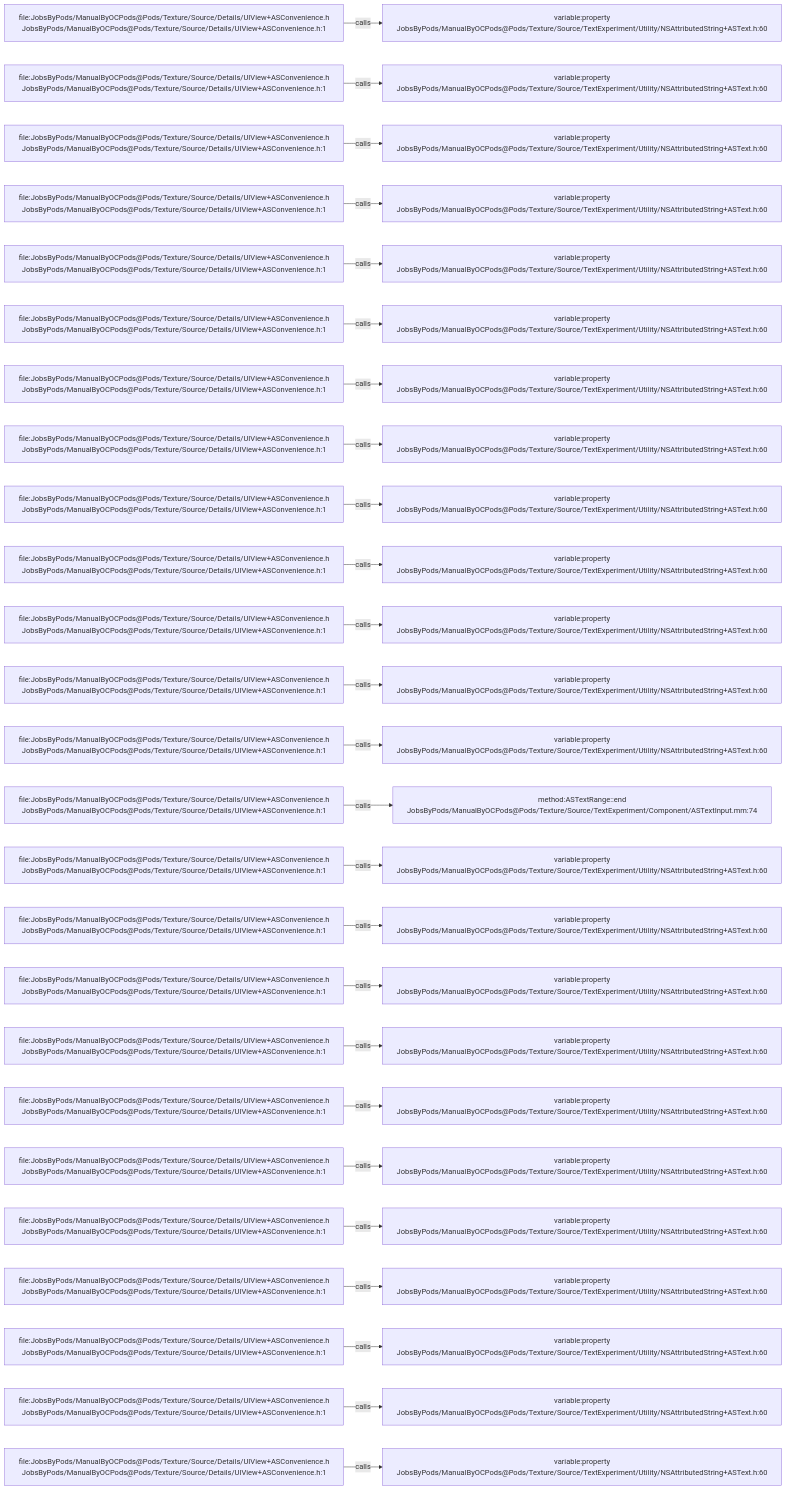
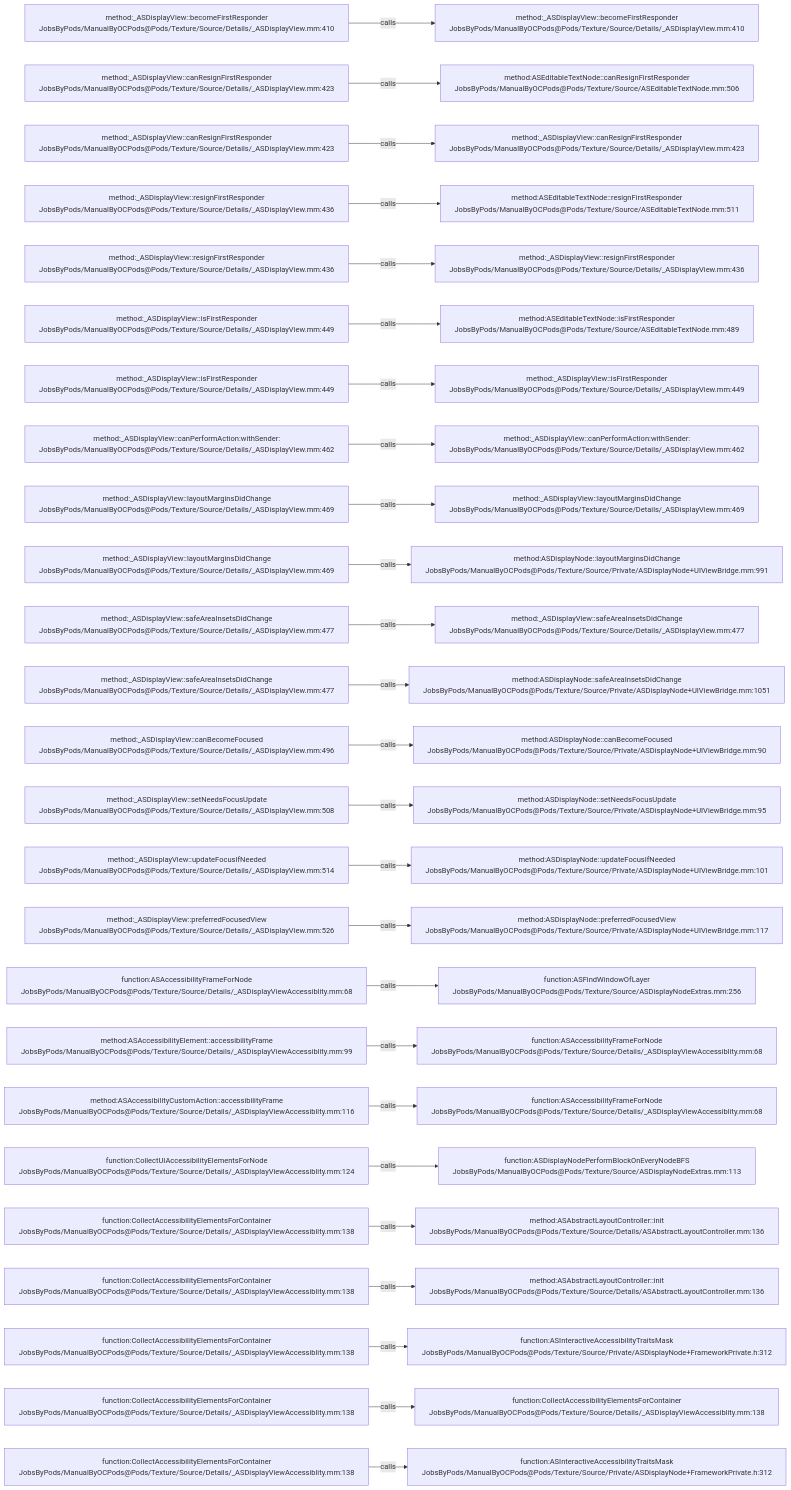
The diagram in .codegraph/codegraph.md/graphs/calls-171.md (JobsKits/JobsOCBaseConfigDemo), drawn with Mermaid before and after one commit. The commit also changed 1353 other files, not shown here.

````diff
--- a/.codegraph/codegraph.md/graphs/calls-171.md
+++ b/.codegraph/codegraph.md/graphs/calls-171.md
@@ -13,78 +13,78 @@
 ```mermaid
 flowchart LR
-  S1["file:JobsByPods/ManualByOCPods@Pods/Texture/Source/Details/UIView+ASConvenience.h<br/>JobsByPods/ManualByOCPods@Pods/Texture/Source/Details/UIView+ASConvenience.h:1"]
-  T1["variable:property<br/>JobsByPods/ManualByOCPods@Pods/Texture/Source/TextExperiment/Utility/NSAttributedString+ASText.h:60"]
+  S1["method:_ASDisplayView::becomeFirstResponder<br/>JobsByPods/ManualByOCPods@Pods/Texture/Source/Details/_ASDisplayView.mm:410"]
+  T1["method:_ASDisplayView::becomeFirstResponder<br/>JobsByPods/ManualByOCPods@Pods/Texture/Source/Details/_ASDisplayView.mm:410"]
   S1 -->|calls| T1
-  S2["file:JobsByPods/ManualByOCPods@Pods/Texture/Source/Details/UIView+ASConvenience.h<br/>JobsByPods/ManualByOCPods@Pods/Texture/Source/Details/UIView+ASConvenience.h:1"]
-  T2["variable:property<br/>JobsByPods/ManualByOCPods@Pods/Texture/Source/TextExperiment/Utility/NSAttributedString+ASText.h:60"]
+  S2["method:_ASDisplayView::canResignFirstResponder<br/>JobsByPods/ManualByOCPods@Pods/Texture/Source/Details/_ASDisplayView.mm:423"]
+  T2["method:ASEditableTextNode::canResignFirstResponder<br/>JobsByPods/ManualByOCPods@Pods/Texture/Source/ASEditableTextNode.mm:506"]
   S2 -->|calls| T2
-  S3["file:JobsByPods/ManualByOCPods@Pods/Texture/Source/Details/UIView+ASConvenience.h<br/>JobsByPods/ManualByOCPods@Pods/Texture/Source/Details/UIView+ASConvenience.h:1"]
-  T3["variable:property<br/>JobsByPods/ManualByOCPods@Pods/Texture/Source/TextExperiment/Utility/NSAttributedString+ASText.h:60"]
+  S3["method:_ASDisplayView::canResignFirstResponder<br/>JobsByPods/ManualByOCPods@Pods/Texture/Source/Details/_ASDisplayView.mm:423"]
+  T3["method:_ASDisplayView::canResignFirstResponder<br/>JobsByPods/ManualByOCPods@Pods/Texture/Source/Details/_ASDisplayView.mm:423"]
   S3 -->|calls| T3
-  S4["file:JobsByPods/ManualByOCPods@Pods/Texture/Source/Details/UIView+ASConvenience.h<br/>JobsByPods/ManualByOCPods@Pods/Texture/Source/Details/UIView+ASConvenience.h:1"]
-  T4["variable:property<br/>JobsByPods/ManualByOCPods@Pods/Texture/Source/TextExperiment/Utility/NSAttributedString+ASText.h:60"]
+  S4["method:_ASDisplayView::resignFirstResponder<br/>JobsByPods/ManualByOCPods@Pods/Texture/Source/Details/_ASDisplayView.mm:436"]
+  T4["method:ASEditableTextNode::resignFirstResponder<br/>JobsByPods/ManualByOCPods@Pods/Texture/Source/ASEditableTextNode.mm:511"]
   S4 -->|calls| T4
-  S5["file:JobsByPods/ManualByOCPods@Pods/Texture/Source/Details/UIView+ASConvenience.h<br/>JobsByPods/ManualByOCPods@Pods/Texture/Source/Details/UIView+ASConvenience.h:1"]
-  T5["variable:property<br/>JobsByPods/ManualByOCPods@Pods/Texture/Source/TextExperiment/Utility/NSAttributedString+ASText.h:60"]
+  S5["method:_ASDisplayView::resignFirstResponder<br/>JobsByPods/ManualByOCPods@Pods/Texture/Source/Details/_ASDisplayView.mm:436"]
+  T5["method:_ASDisplayView::resignFirstResponder<br/>JobsByPods/ManualByOCPods@Pods/Texture/Source/Details/_ASDisplayView.mm:436"]
   S5 -->|calls| T5
-  S6["file:JobsByPods/ManualByOCPods@Pods/Texture/Source/Details/UIView+ASConvenience.h<br/>JobsByPods/ManualByOCPods@Pods/Texture/Source/Details/UIView+ASConvenience.h:1"]
-  T6["variable:property<br/>JobsByPods/ManualByOCPods@Pods/Texture/Source/TextExperiment/Utility/NSAttributedString+ASText.h:60"]
+  S6["method:_ASDisplayView::isFirstResponder<br/>JobsByPods/ManualByOCPods@Pods/Texture/Source/Details/_ASDisplayView.mm:449"]
+  T6["method:ASEditableTextNode::isFirstResponder<br/>JobsByPods/ManualByOCPods@Pods/Texture/Source/ASEditableTextNode.mm:489"]
   S6 -->|calls| T6
-  S7["file:JobsByPods/ManualByOCPods@Pods/Texture/Source/Details/UIView+ASConvenience.h<br/>JobsByPods/ManualByOCPods@Pods/Texture/Source/Details/UIView+ASConvenience.h:1"]
-  T7["variable:property<br/>JobsByPods/ManualByOCPods@Pods/Texture/Source/TextExperiment/Utility/NSAttributedString+ASText.h:60"]
+  S7["method:_ASDisplayView::isFirstResponder<br/>JobsByPods/ManualByOCPods@Pods/Texture/Source/Details/_ASDisplayView.mm:449"]
+  T7["method:_ASDisplayView::isFirstResponder<br/>JobsByPods/ManualByOCPods@Pods/Texture/Source/Details/_ASDisplayView.mm:449"]
   S7 -->|calls| T7
-  S8["file:JobsByPods/ManualByOCPods@Pods/Texture/Source/Details/UIView+ASConvenience.h<br/>JobsByPods/ManualByOCPods@Pods/Texture/Source/Details/UIView+ASConvenience.h:1"]
-  T8["variable:property<br/>JobsByPods/ManualByOCPods@Pods/Texture/Source/TextExperiment/Utility/NSAttributedString+ASText.h:60"]
+  S8["method:_ASDisplayView::canPerformAction:withSender:<br/>JobsByPods/ManualByOCPods@Pods/Texture/Source/Details/_ASDisplayView.mm:462"]
+  T8["method:_ASDisplayView::canPerformAction:withSender:<br/>JobsByPods/ManualByOCPods@Pods/Texture/Source/Details/_ASDisplayView.mm:462"]
   S8 -->|calls| T8
-  S9["file:JobsByPods/ManualByOCPods@Pods/Texture/Source/Details/UIView+ASConvenience.h<br/>JobsByPods/ManualByOCPods@Pods/Texture/Source/Details/UIView+ASConvenience.h:1"]
-  T9["variable:property<br/>JobsByPods/ManualByOCPods@Pods/Texture/Source/TextExperiment/Utility/NSAttributedString+ASText.h:60"]
+  S9["method:_ASDisplayView::layoutMarginsDidChange<br/>JobsByPods/ManualByOCPods@Pods/Texture/Source/Details/_ASDisplayView.mm:469"]
+  T9["method:_ASDisplayView::layoutMarginsDidChange<br/>JobsByPods/ManualByOCPods@Pods/Texture/Source/Details/_ASDisplayView.mm:469"]
   S9 -->|calls| T9
-  S10["file:JobsByPods/ManualByOCPods@Pods/Texture/Source/Details/UIView+ASConvenience.h<br/>JobsByPods/ManualByOCPods@Pods/Texture/Source/Details/UIView+ASConvenience.h:1"]
-  T10["variable:property<br/>JobsByPods/ManualByOCPods@Pods/Texture/Source/TextExperiment/Utility/NSAttributedString+ASText.h:60"]
+  S10["method:_ASDisplayView::layoutMarginsDidChange<br/>JobsByPods/ManualByOCPods@Pods/Texture/Source/Details/_ASDisplayView.mm:469"]
+  T10["method:ASDisplayNode::layoutMarginsDidChange<br/>JobsByPods/ManualByOCPods@Pods/Texture/Source/Private/ASDisplayNode+UIViewBridge.mm:991"]
   S10 -->|calls| T10
-  S11["file:JobsByPods/ManualByOCPods@Pods/Texture/Source/Details/UIView+ASConvenience.h<br/>JobsByPods/ManualByOCPods@Pods/Texture/Source/Details/UIView+ASConvenience.h:1"]
-  T11["variable:property<br/>JobsByPods/ManualByOCPods@Pods/Texture/Source/TextExperiment/Utility/NSAttributedString+ASText.h:60"]
+  S11["method:_ASDisplayView::safeAreaInsetsDidChange<br/>JobsByPods/ManualByOCPods@Pods/Texture/Source/Details/_ASDisplayView.mm:477"]
+  T11["method:_ASDisplayView::safeAreaInsetsDidChange<br/>JobsByPods/ManualByOCPods@Pods/Texture/Source/Details/_ASDisplayView.mm:477"]
   S11 -->|calls| T11
-  S12["file:JobsByPods/ManualByOCPods@Pods/Texture/Source/Details/UIView+ASConvenience.h<br/>JobsByPods/ManualByOCPods@Pods/Texture/Source/Details/UIView+ASConvenience.h:1"]
-  T12["variable:property<br/>JobsByPods/ManualByOCPods@Pods/Texture/Source/TextExperiment/Utility/NSAttributedString+ASText.h:60"]
+  S12["method:_ASDisplayView::safeAreaInsetsDidChange<br/>JobsByPods/ManualByOCPods@Pods/Texture/Source/Details/_ASDisplayView.mm:477"]
+  T12["method:ASDisplayNode::safeAreaInsetsDidChange<br/>JobsByPods/ManualByOCPods@Pods/Texture/Source/Private/ASDisplayNode+UIViewBridge.mm:1051"]
   S12 -->|calls| T12
-  S13["file:JobsByPods/ManualByOCPods@Pods/Texture/Source/Details/UIView+ASConvenience.h<br/>JobsByPods/ManualByOCPods@Pods/Texture/Source/Details/UIView+ASConvenience.h:1"]
-  T13["variable:property<br/>JobsByPods/ManualByOCPods@Pods/Texture/Source/TextExperiment/Utility/NSAttributedString+ASText.h:60"]
+  S13["method:_ASDisplayView::canBecomeFocused<br/>JobsByPods/ManualByOCPods@Pods/Texture/Source/Details/_ASDisplayView.mm:496"]
+  T13["method:ASDisplayNode::canBecomeFocused<br/>JobsByPods/ManualByOCPods@Pods/Texture/Source/Private/ASDisplayNode+UIViewBridge.mm:90"]
   S13 -->|calls| T13
-  S14["file:JobsByPods/ManualByOCPods@Pods/Texture/Source/Details/UIView+ASConvenience.h<br/>JobsByPods/ManualByOCPods@Pods/Texture/Source/Details/UIView+ASConvenience.h:1"]
-  T14["method:ASTextRange::end<br/>JobsByPods/ManualByOCPods@Pods/Texture/Source/TextExperiment/Component/ASTextInput.mm:74"]
+  S14["method:_ASDisplayView::setNeedsFocusUpdate<br/>JobsByPods/ManualByOCPods@Pods/Texture/Source/Details/_ASDisplayView.mm:508"]
+  T14["method:ASDisplayNode::setNeedsFocusUpdate<br/>JobsByPods/ManualByOCPods@Pods/Texture/Source/Private/ASDisplayNode+UIViewBridge.mm:95"]
   S14 -->|calls| T14
-  S15["file:JobsByPods/ManualByOCPods@Pods/Texture/Source/Details/UIView+ASConvenience.h<br/>JobsByPods/ManualByOCPods@Pods/Texture/Source/Details/UIView+ASConvenience.h:1"]
-  T15["variable:property<br/>JobsByPods/ManualByOCPods@Pods/Texture/Source/TextExperiment/Utility/NSAttributedString+ASText.h:60"]
+  S15["method:_ASDisplayView::updateFocusIfNeeded<br/>JobsByPods/ManualByOCPods@Pods/Texture/Source/Details/_ASDisplayView.mm:514"]
+  T15["method:ASDisplayNode::updateFocusIfNeeded<br/>JobsByPods/ManualByOCPods@Pods/Texture/Source/Private/ASDisplayNode+UIViewBridge.mm:101"]
   S15 -->|calls| T15
-  S16["file:JobsByPods/ManualByOCPods@Pods/Texture/Source/Details/UIView+ASConvenience.h<br/>JobsByPods/ManualByOCPods@Pods/Texture/Source/Details/UIView+ASConvenience.h:1"]
-  T16["variable:property<br/>JobsByPods/ManualByOCPods@Pods/Texture/Source/TextExperiment/Utility/NSAttributedString+ASText.h:60"]
+  S16["method:_ASDisplayView::preferredFocusedView<br/>JobsByPods/ManualByOCPods@Pods/Texture/Source/Details/_ASDisplayView.mm:526"]
+  T16["method:ASDisplayNode::preferredFocusedView<br/>JobsByPods/ManualByOCPods@Pods/Texture/Source/Private/ASDisplayNode+UIViewBridge.mm:117"]
   S16 -->|calls| T16
-  S17["file:JobsByPods/ManualByOCPods@Pods/Texture/Source/Details/UIView+ASConvenience.h<br/>JobsByPods/ManualByOCPods@Pods/Texture/Source/Details/UIView+ASConvenience.h:1"]
-  T17["variable:property<br/>JobsByPods/ManualByOCPods@Pods/Texture/Source/TextExperiment/Utility/NSAttributedString+ASText.h:60"]
+  S17["function:ASAccessibilityFrameForNode<br/>JobsByPods/ManualByOCPods@Pods/Texture/Source/Details/_ASDisplayViewAccessiblity.mm:68"]
+  T17["function:ASFindWindowOfLayer<br/>JobsByPods/ManualByOCPods@Pods/Texture/Source/ASDisplayNodeExtras.mm:256"]
   S17 -->|calls| T17
-  S18["file:JobsByPods/ManualByOCPods@Pods/Texture/Source/Details/UIView+ASConvenience.h<br/>JobsByPods/ManualByOCPods@Pods/Texture/Source/Details/UIView+ASConvenience.h:1"]
-  T18["variable:property<br/>JobsByPods/ManualByOCPods@Pods/Texture/Source/TextExperiment/Utility/NSAttributedString+ASText.h:60"]
+  S18["method:ASAccessibilityElement::accessibilityFrame<br/>JobsByPods/ManualByOCPods@Pods/Texture/Source/Details/_ASDisplayViewAccessiblity.mm:99"]
+  T18["function:ASAccessibilityFrameForNode<br/>JobsByPods/ManualByOCPods@Pods/Texture/Source/Details/_ASDisplayViewAccessiblity.mm:68"]
   S18 -->|calls| T18
-  S19["file:JobsByPods/ManualByOCPods@Pods/Texture/Source/Details/UIView+ASConvenience.h<br/>JobsByPods/ManualByOCPods@Pods/Texture/Source/Details/UIView+ASConvenience.h:1"]
-  T19["variable:property<br/>JobsByPods/ManualByOCPods@Pods/Texture/Source/TextExperiment/Utility/NSAttributedString+ASText.h:60"]
+  S19["method:ASAccessibilityCustomAction::accessibilityFrame<br/>JobsByPods/ManualByOCPods@Pods/Texture/Source/Details/_ASDisplayViewAccessiblity.mm:116"]
+  T19["function:ASAccessibilityFrameForNode<br/>JobsByPods/ManualByOCPods@Pods/Texture/Source/Details/_ASDisplayViewAccessiblity.mm:68"]
   S19 -->|calls| T19
-  S20["file:JobsByPods/ManualByOCPods@Pods/Texture/Source/Details/UIView+ASConvenience.h<br/>JobsByPods/ManualByOCPods@Pods/Texture/Source/Details/UIView+ASConvenience.h:1"]
-  T20["variable:property<br/>JobsByPods/ManualByOCPods@Pods/Texture/Source/TextExperiment/Utility/NSAttributedString+ASText.h:60"]
+  S20["function:CollectUIAccessibilityElementsForNode<br/>JobsByPods/ManualByOCPods@Pods/Texture/Source/Details/_ASDisplayViewAccessiblity.mm:124"]
+  T20["function:ASDisplayNodePerformBlockOnEveryNodeBFS<br/>JobsByPods/ManualByOCPods@Pods/Texture/Source/ASDisplayNodeExtras.mm:113"]
   S20 -->|calls| T20
-  S21["file:JobsByPods/ManualByOCPods@Pods/Texture/Source/Details/UIView+ASConvenience.h<br/>JobsByPods/ManualByOCPods@Pods/Texture/Source/Details/UIView+ASConvenience.h:1"]
-  T21["variable:property<br/>JobsByPods/ManualByOCPods@Pods/Texture/Source/TextExperiment/Utility/NSAttributedString+ASText.h:60"]
+  S21["function:CollectAccessibilityElementsForContainer<br/>JobsByPods/ManualByOCPods@Pods/Texture/Source/Details/_ASDisplayViewAccessiblity.mm:138"]
+  T21["method:ASAbstractLayoutController::init<br/>JobsByPods/ManualByOCPods@Pods/Texture/Source/Details/ASAbstractLayoutController.mm:136"]
   S21 -->|calls| T21
-  S22["file:JobsByPods/ManualByOCPods@Pods/Texture/Source/Details/UIView+ASConvenience.h<br/>JobsByPods/ManualByOCPods@Pods/Texture/Source/Details/UIView+ASConvenience.h:1"]
-  T22["variable:property<br/>JobsByPods/ManualByOCPods@Pods/Texture/Source/TextExperiment/Utility/NSAttributedString+ASText.h:60"]
+  S22["function:CollectAccessibilityElementsForContainer<br/>JobsByPods/ManualByOCPods@Pods/Texture/Source/Details/_ASDisplayViewAccessiblity.mm:138"]
+  T22["method:ASAbstractLayoutController::init<br/>JobsByPods/ManualByOCPods@Pods/Texture/Source/Details/ASAbstractLayoutController.mm:136"]
   S22 -->|calls| T22
-  S23["file:JobsByPods/ManualByOCPods@Pods/Texture/Source/Details/UIView+ASConvenience.h<br/>JobsByPods/ManualByOCPods@Pods/Texture/Source/Details/UIView+ASConvenience.h:1"]
-  T23["variable:property<br/>JobsByPods/ManualByOCPods@Pods/Texture/Source/TextExperiment/Utility/NSAttributedString+ASText.h:60"]
+  S23["function:CollectAccessibilityElementsForContainer<br/>JobsByPods/ManualByOCPods@Pods/Texture/Source/Details/_ASDisplayViewAccessiblity.mm:138"]
+  T23["function:ASInteractiveAccessibilityTraitsMask<br/>JobsByPods/ManualByOCPods@Pods/Texture/Source/Private/ASDisplayNode+FrameworkPrivate.h:312"]
   S23 -->|calls| T23
-  S24["file:JobsByPods/ManualByOCPods@Pods/Texture/Source/Details/UIView+ASConvenience.h<br/>JobsByPods/ManualByOCPods@Pods/Texture/Source/Details/UIView+ASConvenience.h:1"]
-  T24["variable:property<br/>JobsByPods/ManualByOCPods@Pods/Texture/Source/TextExperiment/Utility/NSAttributedString+ASText.h:60"]
+  S24["function:CollectAccessibilityElementsForContainer<br/>JobsByPods/ManualByOCPods@Pods/Texture/Source/Details/_ASDisplayViewAccessiblity.mm:138"]
+  T24["function:CollectAccessibilityElementsForContainer<br/>JobsByPods/ManualByOCPods@Pods/Texture/Source/Details/_ASDisplayViewAccessiblity.mm:138"]
   S24 -->|calls| T24
-  S25["file:JobsByPods/ManualByOCPods@Pods/Texture/Source/Details/UIView+ASConvenience.h<br/>JobsByPods/ManualByOCPods@Pods/Texture/Source/Details/UIView+ASConvenience.h:1"]
-  T25["variable:property<br/>JobsByPods/ManualByOCPods@Pods/Texture/Source/TextExperiment/Utility/NSAttributedString+ASText.h:60"]
+  S25["function:CollectAccessibilityElementsForContainer<br/>JobsByPods/ManualByOCPods@Pods/Texture/Source/Details/_ASDisplayViewAccessiblity.mm:138"]
+  T25["function:ASInteractiveAccessibilityTraitsMask<br/>JobsByPods/ManualByOCPods@Pods/Texture/Source/Private/ASDisplayNode+FrameworkPrivate.h:312"]
   S25 -->|calls| T25
 ```
````
